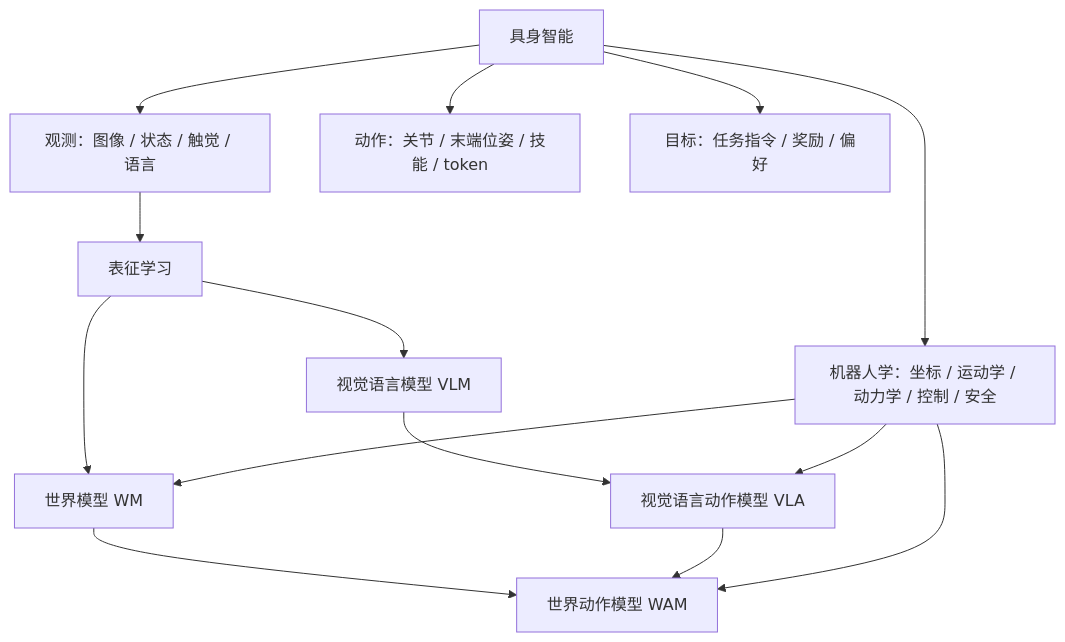
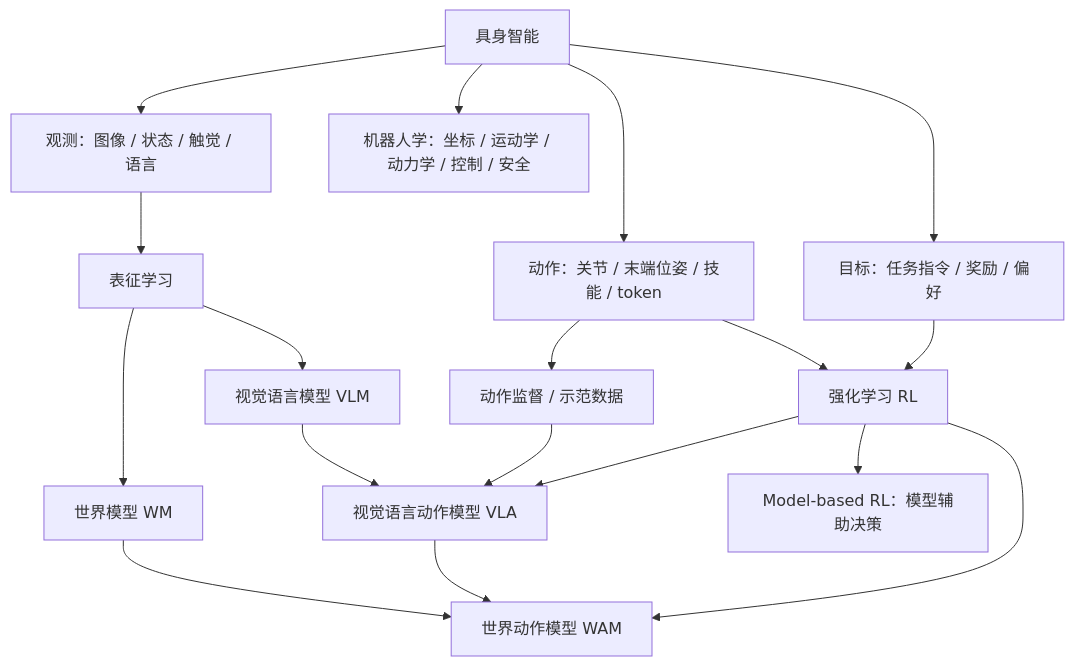
Before and after one commit to Faraday-2024/Embodied-AI-Start: the second of 8 diagrams in docs/knowledge-map.md, drawn with Mermaid.

````diff
--- a/docs/knowledge-map.md
+++ b/docs/knowledge-map.md
@@ -27,19 +27,24 @@
 ```mermaid
 flowchart TD
     ROOT["具身智能"] --> OBS["观测：图像 / 状态 / 触觉 / 语言"]
     ROOT --> ROB["机器人学：坐标 / 运动学 / 动力学 / 控制 / 安全"]
     ROOT --> ACT["动作：关节 / 末端位姿 / 技能 / token"]
     ROOT --> OBJ["目标：任务指令 / 奖励 / 偏好"]
 
     OBS --> REP["表征学习"]
     REP --> VLM["视觉语言模型 VLM"]
     REP --> WM["世界模型 WM"]
 
     VLM --> VLA["视觉语言动作模型 VLA"]
     WM --> WAM["世界动作模型 WAM"]
     VLA --> WAM
 
-    ROB --> WM
-    ROB --> VLA
-    ROB --> WAM
+    ACT --> SUP["动作监督 / 示范数据"]
+    ACT --> RL["强化学习 RL"]
+    OBJ --> RL
+    RL --> MBRL["Model-based RL：模型辅助决策"]
+
+    SUP --> VLA
+    RL --> VLA
+    RL --> WAM
 ```
````
